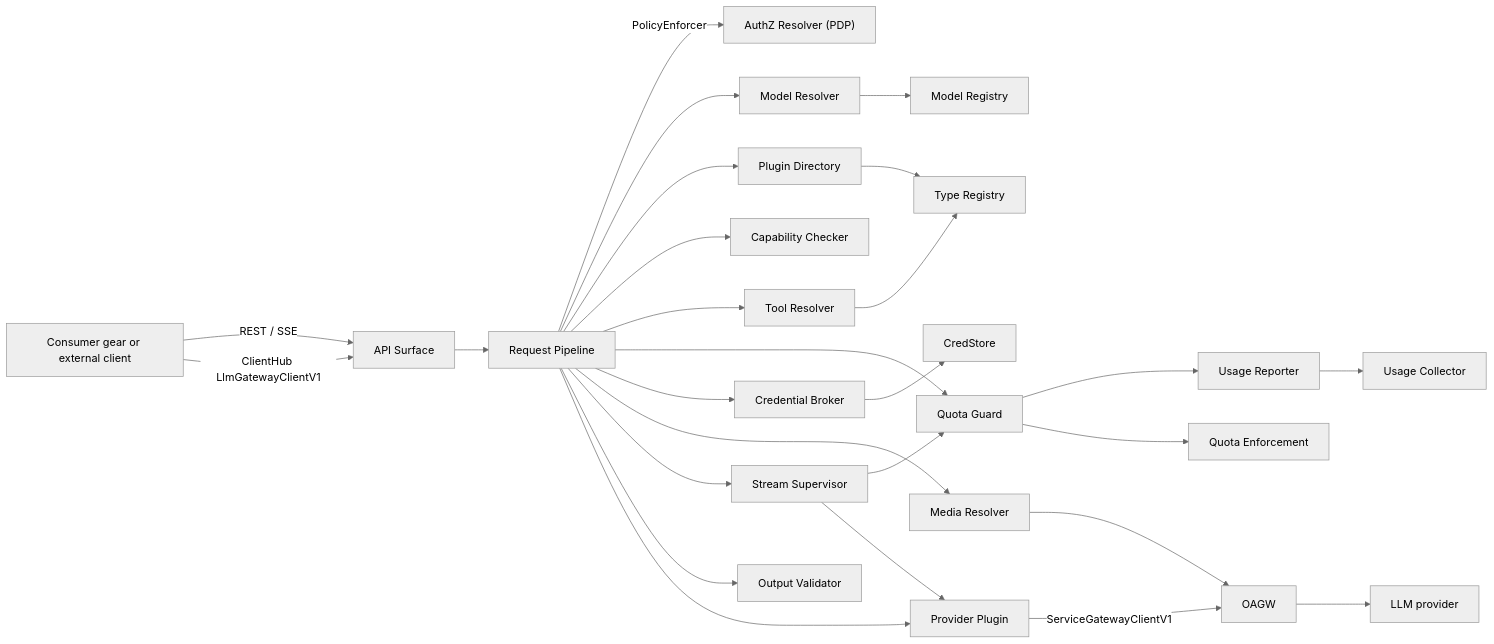
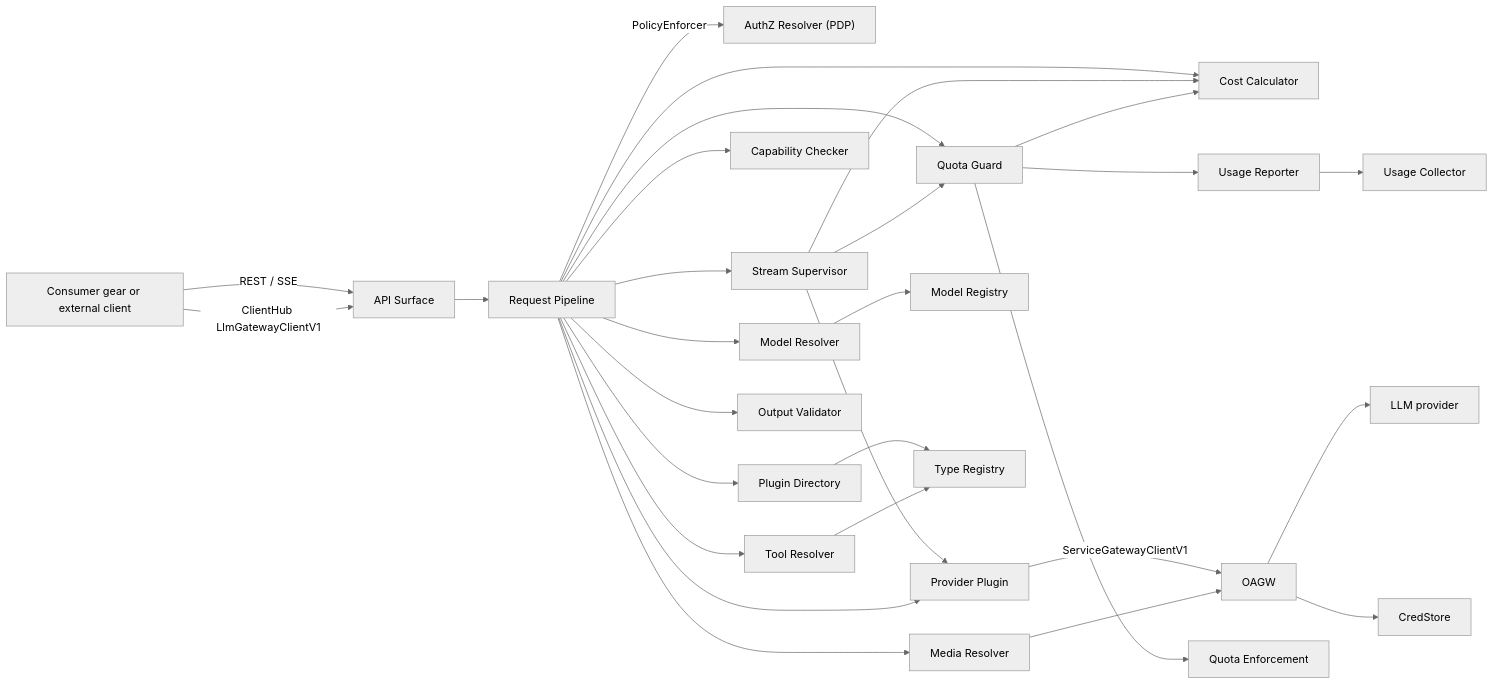
Before and after one commit to constructorfabric/gears-rust: the first of 15 diagrams in gears/llm-gateway/docs/DESIGN.md, drawn with Mermaid (neutral theme). The commit also changed other lines of this file and 11 other files, not shown here.

````diff
--- a/gears/llm-gateway/docs/DESIGN.md
+++ b/gears/llm-gateway/docs/DESIGN.md
@@ -260,29 +260,31 @@
 ```mermaid
 graph LR
     CONS["Consumer gear or external client"] -->|REST / SSE| API["API Surface"]
     CONS -->|ClientHub LlmGatewayClientV1| API
     API --> PIPE["Request Pipeline"]
     PIPE -->|PolicyEnforcer| AZ["AuthZ Resolver (PDP)"]
     PIPE --> MR["Model Resolver"]
     PIPE --> PDIR["Plugin Directory"]
     PIPE --> CC["Capability Checker"]
     PIPE --> TR["Tool Resolver"]
     PIPE --> QG["Quota Guard"]
-    PIPE --> CB["Credential Broker"]
+    PIPE --> COST["Cost Calculator"]
     PIPE --> MEDIA["Media Resolver"]
     PIPE --> SUP["Stream Supervisor"]
     PIPE --> OV["Output Validator"]
     SUP --> QG
     QG --> UR["Usage Reporter"]
     SUP --> PLUG["Provider Plugin"]
     PIPE --> PLUG
     PLUG -->|ServiceGatewayClientV1| OAGW["OAGW"]
     OAGW --> PROV["LLM provider"]
     MR --> MRG["Model Registry"]
     PDIR --> TYR["Type Registry"]
     TR --> TYR
-    CB --> CS["CredStore"]
+    SUP --> COST
+    QG --> COST
+    OAGW --> CS["CredStore"]
     QG --> QE["Quota Enforcement"]
     UR --> UC["Usage Collector"]
     MEDIA --> OAGW
 ```
````
